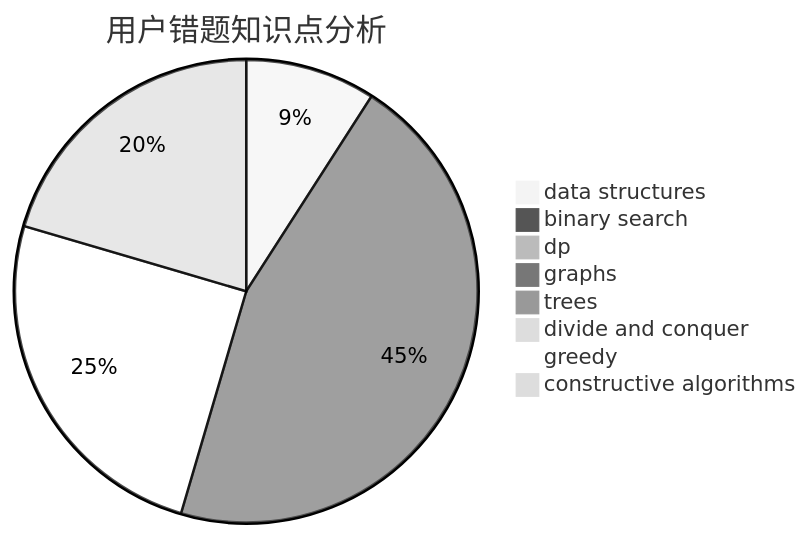
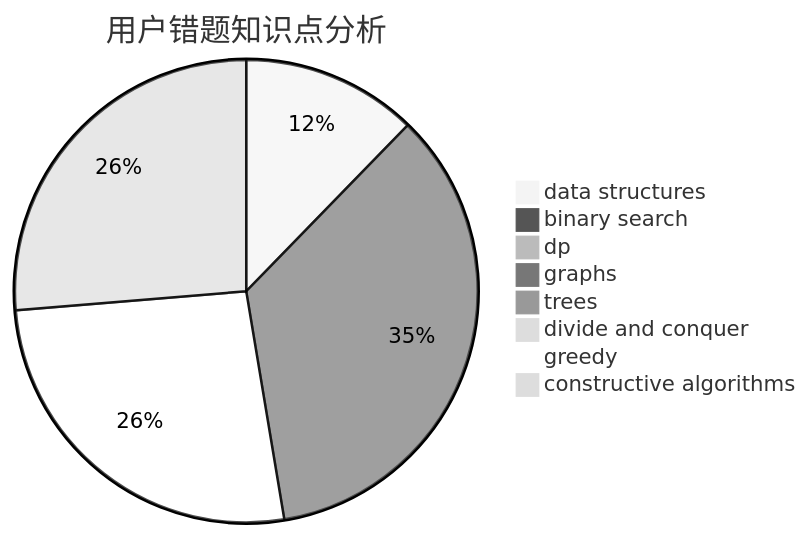
The third of 3 diagrams in docs/user/u384.md (sherpahu/cfrs.github.io), drawn with Mermaid (neutral theme) before and after one commit. The commit also changed other lines of this file and 2770 other files, not shown here.

````diff
--- a/docs/user/u384.md
+++ b/docs/user/u384.md
@@ -36,11 +36,11 @@
 ```mermaid
 pie title 用户错题知识点分析
-    "data structures" :  4
+    "data structures" :  7
     "binary search" :  0
     "dp" :  0
     "graphs" :  20
     "trees" :  0
     "divide and conquer" :  0
-    "greedy" :  11
-    "constructive algorithms" :  9
+    "greedy" :  15
+    "constructive algorithms" :  15
 ```
````
